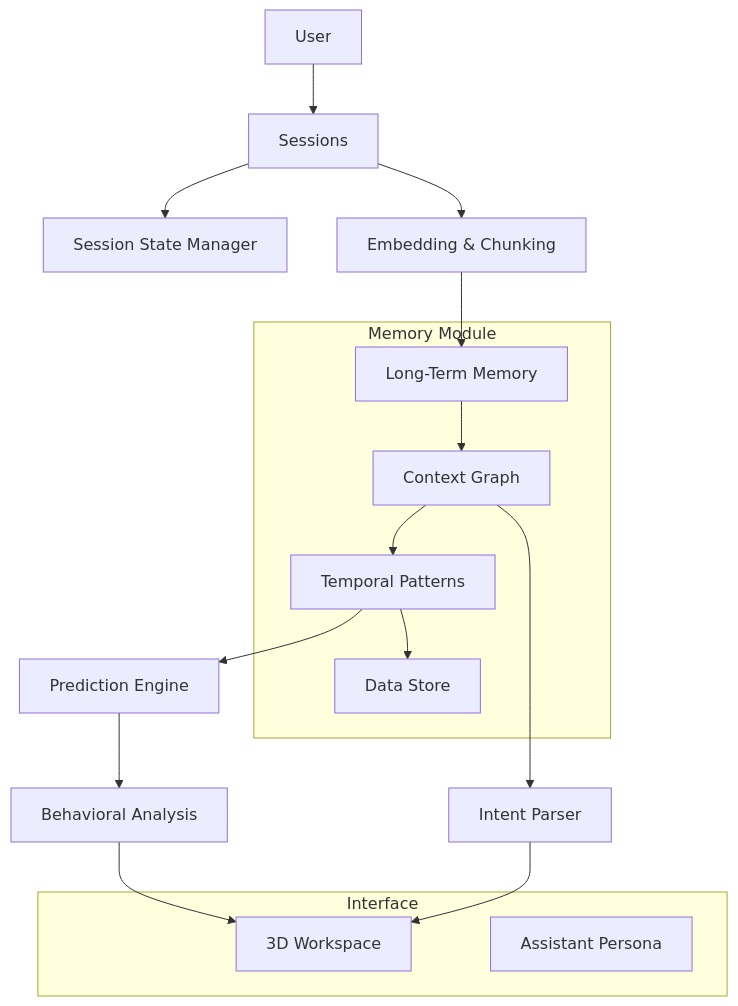
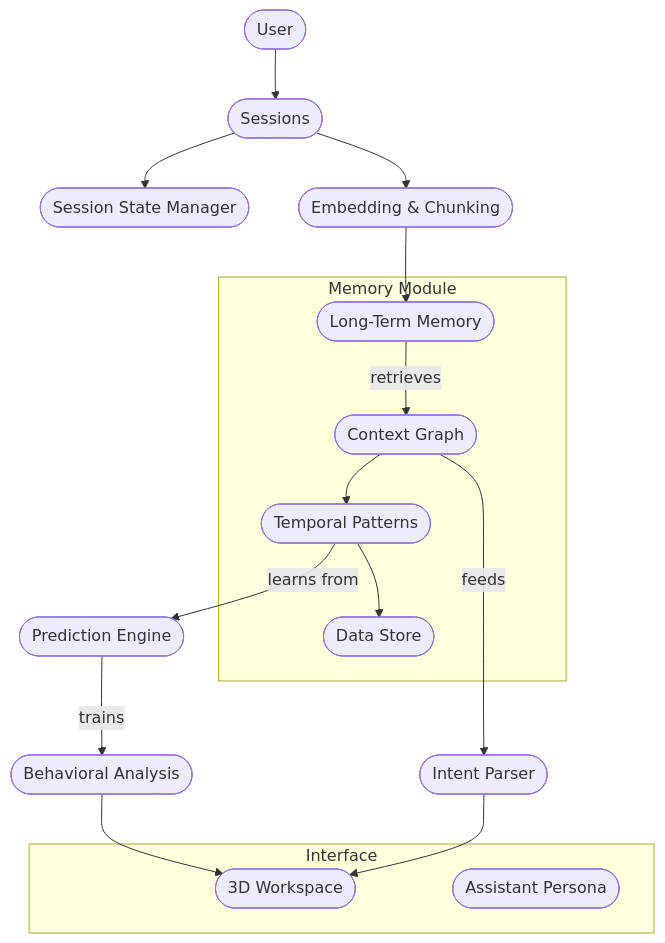
The diagram in ARCHITECTURE.md (ylecoyote/mnemosyne-docs), drawn with Mermaid before and after one commit.

````diff
--- a/ARCHITECTURE.md
+++ b/ARCHITECTURE.md
@@ -64,27 +64,33 @@
 ```mermaid
-graph TD
-  U[User] --> S[Sessions]
-  S --> SM[Session State Manager]
-  S --> EM[Embedding & Chunking]
+flowchart TD
+  %% Top-level user flow
+  U([User]) --> S([Sessions])
+  S --> SM([Session State Manager])
+  S --> EM([Embedding & Chunking])
 
-  subgraph Memory Module
-    LM[Long-Term Memory]
-    CG[Context Graph]
-    TP[Temporal Patterns]
-    DS[Data Store]
-    LM --> CG --> TP --> DS
+  %% Memory Module block
+  subgraph MM[Memory Module]
+    LM([Long-Term Memory])
+    CG([Context Graph])
+    TP([Temporal Patterns])
+    DS([Data Store])
+    LM -->|retrieves| CG
+    CG --> TP
+    TP --> DS
   end
 
   EM --> LM
-  CG --> IP[Intent Parser]
-  TP --> PE[Prediction Engine]
-  PE --> BA[Behavioral Analysis]
+  CG -->|feeds| IP([Intent Parser])
+  TP -->|learns from| PE([Prediction Engine])
+  PE -->|trains| BA([Behavioral Analysis])
 
-  subgraph Interface
-    UI[3D Workspace]
-    AP[Assistant Persona]
+  %% Interface block
+  subgraph IF[Interface]
+    UI([3D Workspace])
+    AP([Assistant Persona])
   end
 
   IP --> UI
   BA --> UI
+
 ```
````
